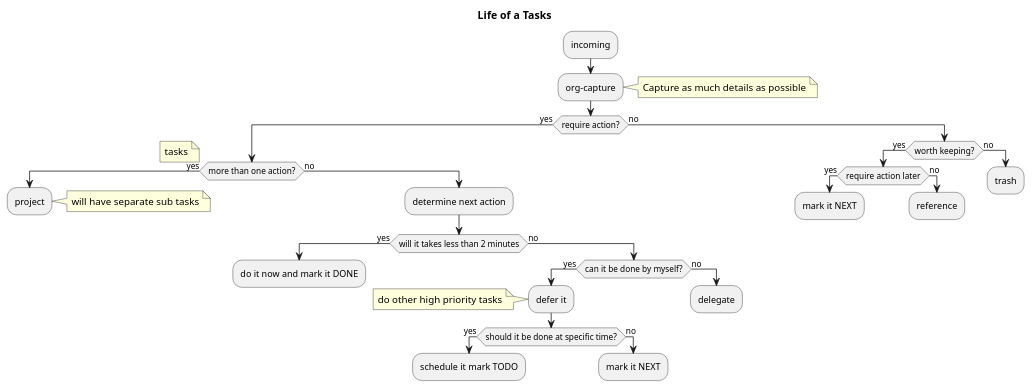
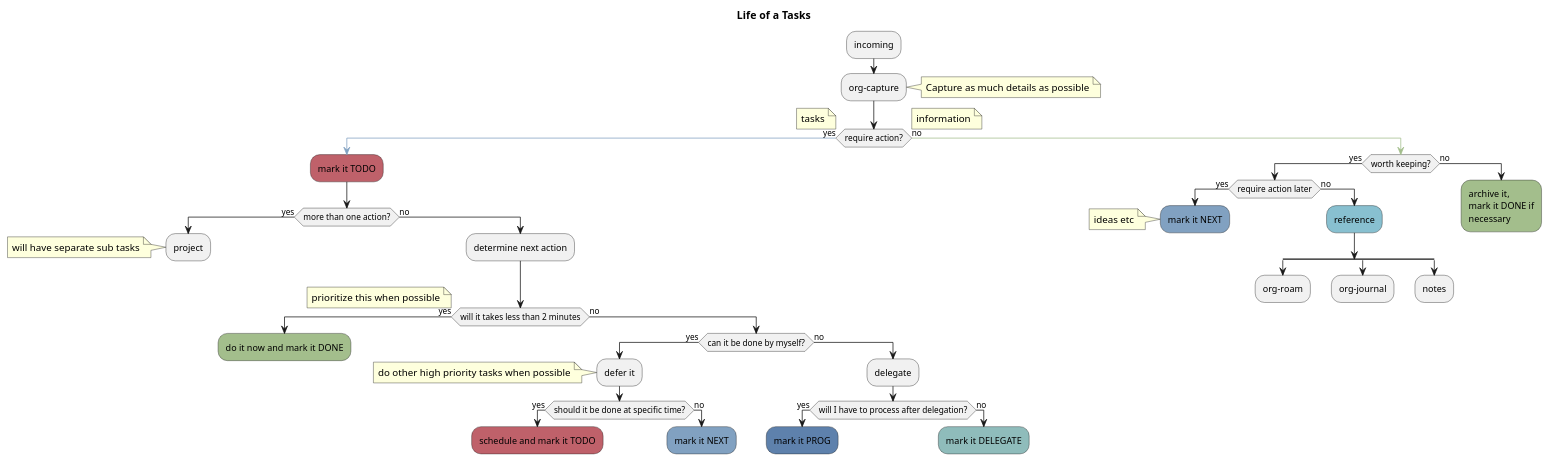
Before and after one commit to alexforsale/alexforsale.github.io: the diagram in content-org/org-mode-workflow/org-mode-workflow.org, drawn with PlantUML. The commit also changed other lines of this file and 2 other files, not shown here.

Commit message:
update org-mode-workflow

```diff
--- a/content-org/org-mode-workflow/org-mode-workflow.org
+++ b/content-org/org-mode-workflow/org-mode-workflow.org
@@ -30,51 +34,80 @@
 :org-capture;
 note right
 Capture as much details as possible
-endnote
-if (require action?) then (yes)
-  if (more than one action?) then (yes)
+end note
+    if (require action?) then (yes)
+    -[#81a1c1]->
     note
     tasks
-    endnote
+    end note
+    #bf616a:mark it TODO;
+  if (more than one action?) then (yes)
     :project;
-    note right
+    note left
     will have separate sub tasks
-    endnote
+    end note
     kill
   else (no)
     :determine next action;
     if (will it takes less than 2 minutes) then (yes)
-      :do it now and mark it DONE;
+      note
+      prioritize this when possible
+      endnote
+      #a3be8c:do it now and mark it DONE;
       kill
     else (no)
       if (can it be done by myself?) then (yes)
         :defer it;
         note
-          do other high priority tasks
+          do other high priority tasks when possible
         end note
         if (should it be done at specific time?) then (yes)
-          :schedule it mark TODO;
+          #bf616a:schedule and mark it TODO;
           kill
         else (no)
-          :mark it NEXT;
+          #81a1c1:mark it NEXT;
           kill
         endif
       else (no)
         :delegate;
+        if (will I have to process after delegation?) then (yes)
+          #5e81ac:mark it PROG;
+        else (no)
+          #8fbcbb:mark it DELEGATE;
+        endif
         kill
       endif
     endif
   endif
 else (no)
+  -[#a3be8c]->
+  note right
+  information
+  end note
   if (worth keeping?) then (yes)
     if (require action later) then (yes)
-      :mark it NEXT;
+      #81a1c1:mark it NEXT;
+      note
+      ideas etc
+      end note
     else (no)
-      :reference;
+      #88c0d0:reference;
+      split 
+        :org-roam;
+        kill
+      split again
+        :org-journal;
+        kill
+      split again
+        :notes;
+        kill
+      end split
     endif
     kill
   else (no)
-    :trash;
+    #a3be8c:archive it,
+    mark it DONE if
+    necessary;
   endif
   kill
 endif
```
